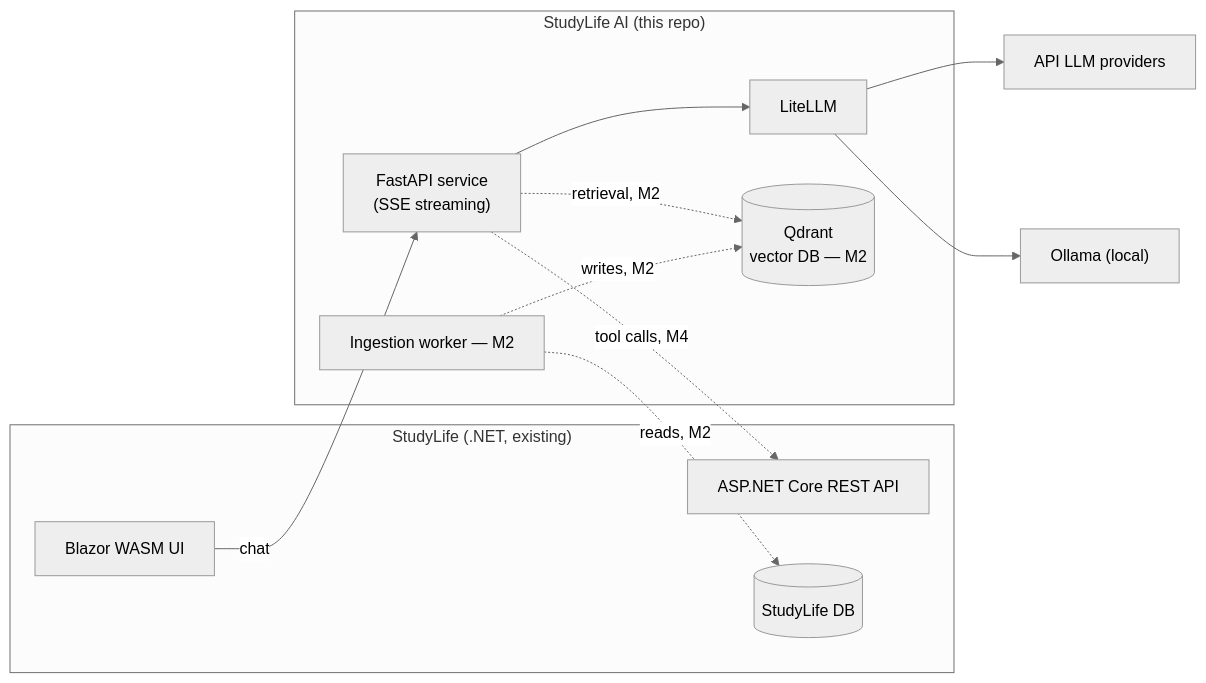
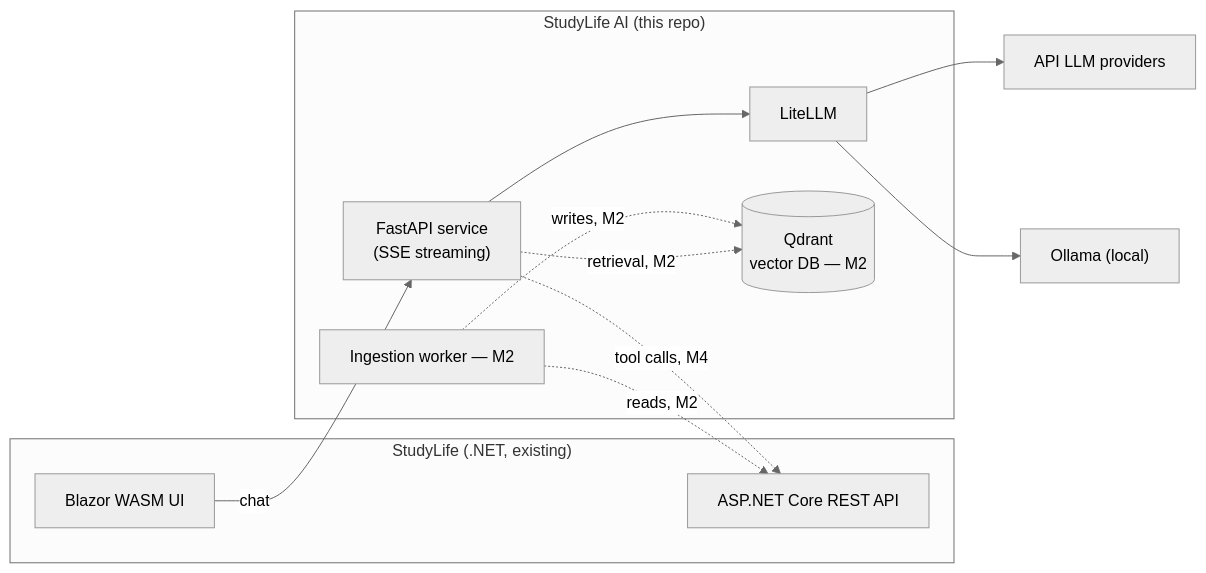
Before and after one commit to lukislp/studylife-ai: the diagram in README.md, drawn with Mermaid (neutral theme). The commit also changed other lines of this file and 1 other file, not shown here.

Commit message:
docs: fix stale DB references in README (ingestion now via StudyLife API)

````diff
--- a/README.md
+++ b/README.md
@@ -22,27 +22,26 @@
 ```mermaid
 flowchart LR
     subgraph StudyLife["StudyLife (.NET, existing)"]
         BlazorUI["Blazor WASM UI"]
         StudyLifeAPI["ASP.NET Core REST API"]
-        StudyLifeDB[("StudyLife DB")]
     end
 
     subgraph AI["StudyLife AI (this repo)"]
         FastAPI["FastAPI service\n(SSE streaming)"]
         LiteLLM["LiteLLM"]
         Qdrant[("Qdrant\nvector DB — M2")]
         Ingestion["Ingestion worker — M2"]
     end
 
     LLMProviders["API LLM providers"]
     Ollama["Ollama (local)"]
 
     BlazorUI -- chat --> FastAPI
     FastAPI --> LiteLLM
     LiteLLM --> LLMProviders
     LiteLLM --> Ollama
     FastAPI -. tool calls, M4 .-> StudyLifeAPI
-    Ingestion -. reads, M2 .-> StudyLifeDB
+    Ingestion -. reads, M2 .-> StudyLifeAPI
     Ingestion -. writes, M2 .-> Qdrant
     FastAPI -. retrieval, M2 .-> Qdrant
 ```
````
